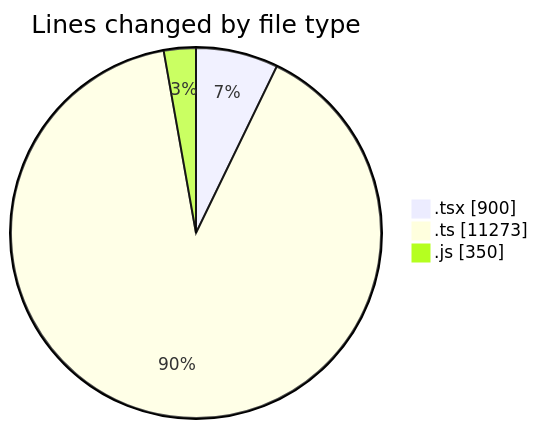
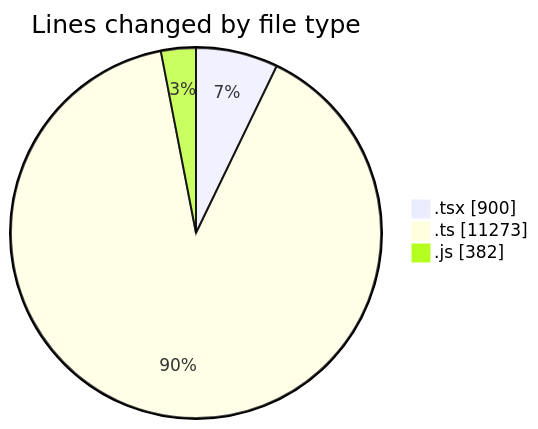
One commit to momahboobian/code-tracking changed the first of 2 diagrams in 2025-11-26/cda/README.md. Above: the diagram before and after it, drawn with Mermaid. The commit also changed other lines of this file and 1 other file, not shown here.

````diff
--- a/2025-11-26/cda/README.md
+++ b/2025-11-26/cda/README.md
@@ -26,7 +26,7 @@
 ```mermaid
 pie showData
 title Lines changed by file type
 ".tsx" : 900
 ".ts" : 11273
-".js" : 350
+".js" : 382
 ```
````
